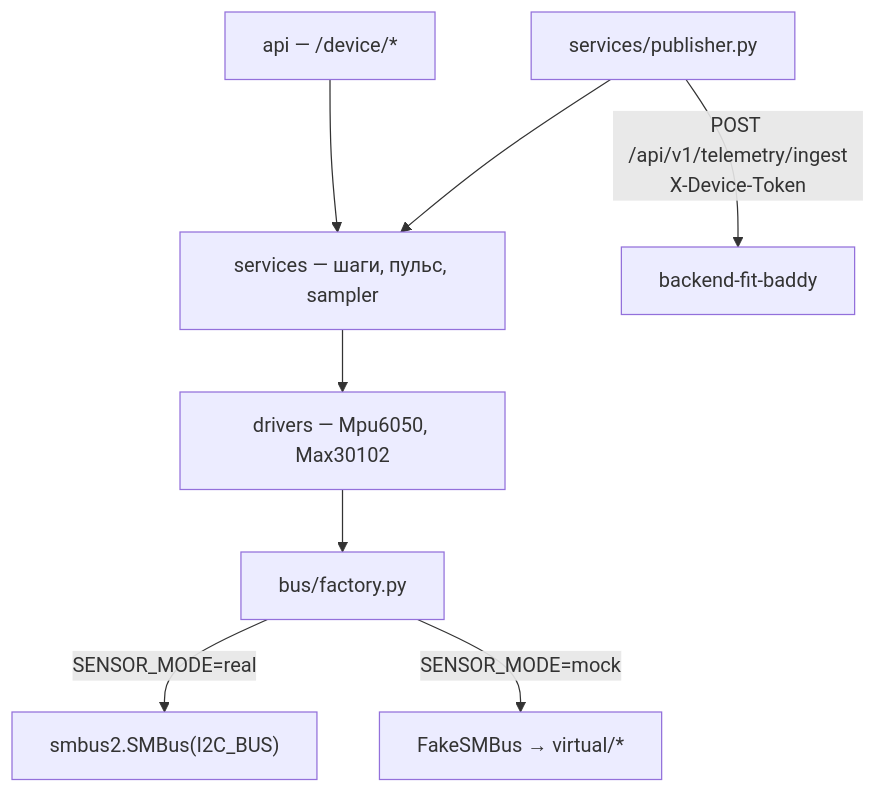
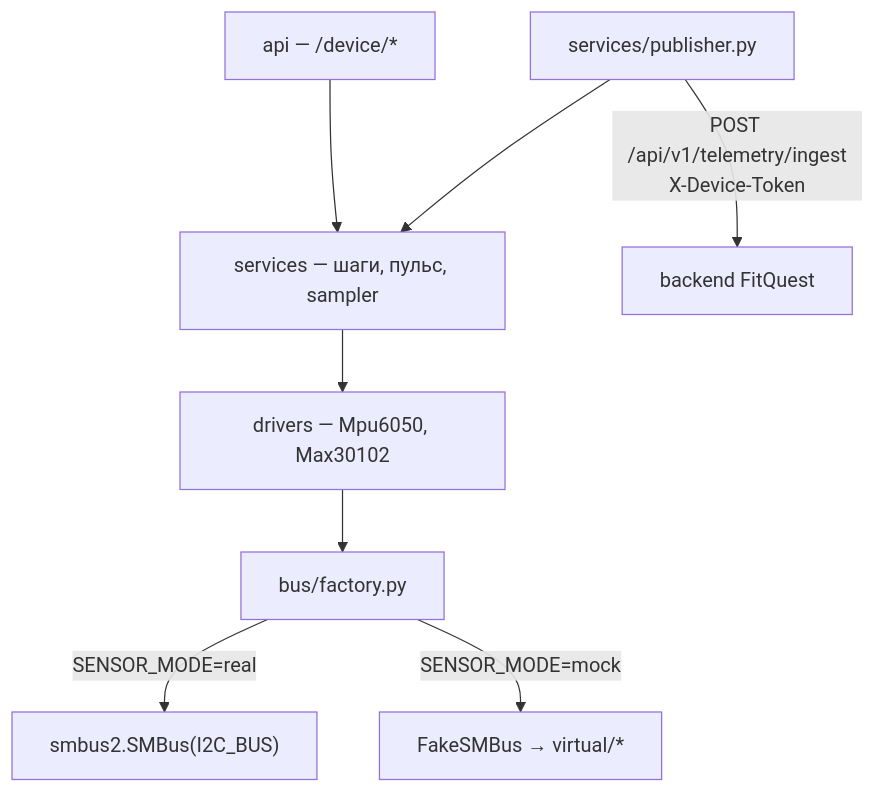
One commit to SonyAkb/FitnessApp changed the diagram in pi-fit-baddy/README.md. Above: the diagram before and after it, drawn with Mermaid. The commit also changed other lines of this file, not shown here.

````diff
--- a/pi-fit-baddy/README.md
+++ b/pi-fit-baddy/README.md
@@ -24,10 +29,10 @@
 ```mermaid
 flowchart TB
   API["api — /device/*"] --> SVC["services — шаги, пульс, sampler"]
   PUB["services/publisher.py"] --> SVC
   SVC --> DRV["drivers — Mpu6050, Max30102"]
   DRV --> BUS["bus/factory.py"]
   BUS -- "SENSOR_MODE=real" --> SMB["smbus2.SMBus(I2C_BUS)"]
   BUS -- "SENSOR_MODE=mock" --> FAKE["FakeSMBus → virtual/*"]
-  PUB -- "POST /api/v1/telemetry/ingest<br/>X-Device-Token" --> BE["backend-fit-baddy"]
+  PUB -- "POST /api/v1/telemetry/ingest<br/>X-Device-Token" --> BE["backend FitQuest"]
 ```
````
